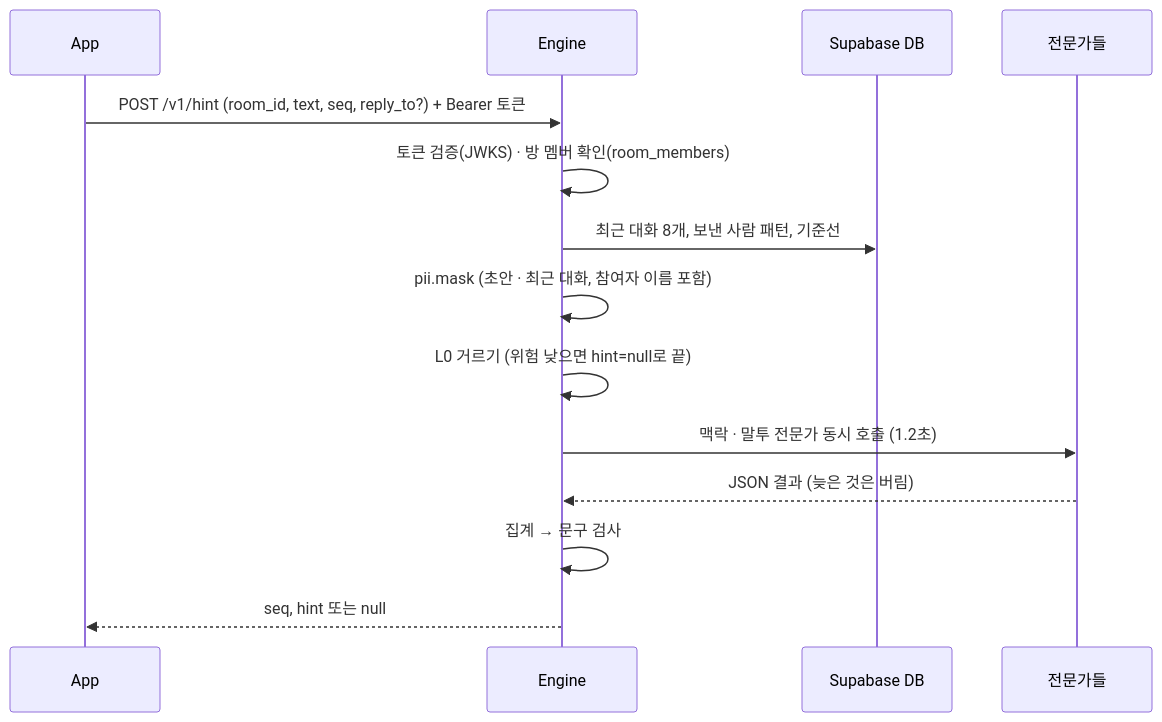
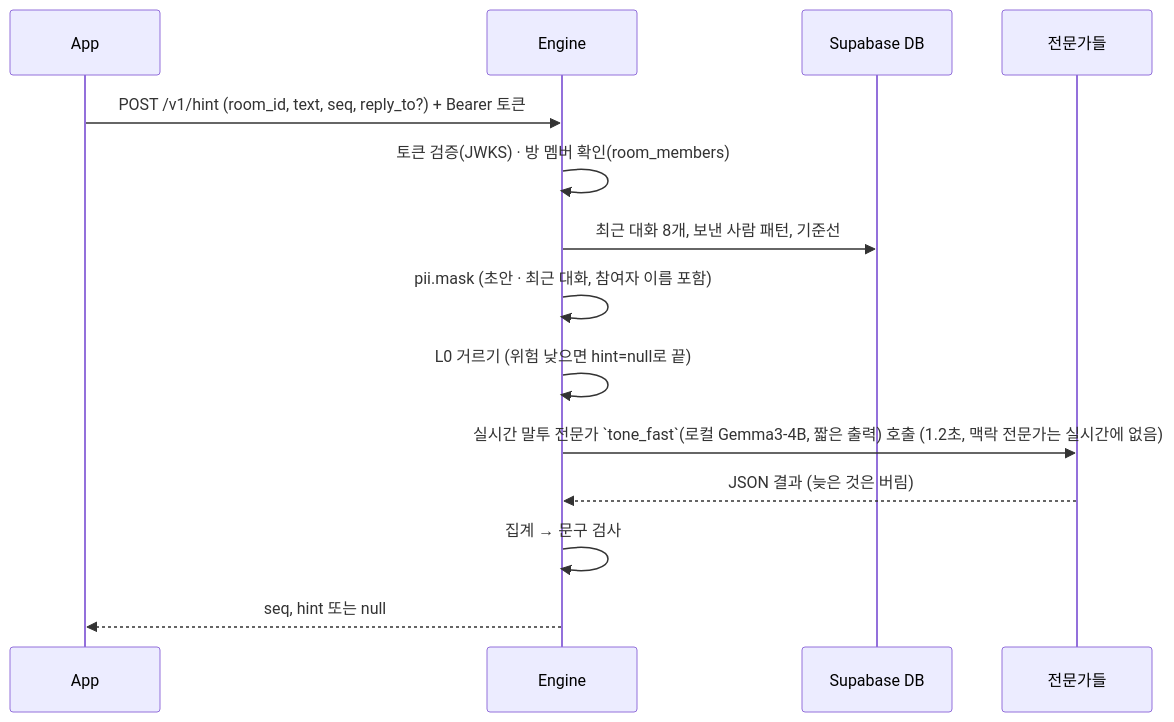
The second of 2 diagrams in ARCHITECTURE.md (Daegyu519/Adventure_Design), drawn with Mermaid before and after one commit. The commit also changed other lines of this file and 12 other files, not shown here.

Commit message:
P-12: 테스트를 새 실시간 구조로 맞춤(운영 설정 단언 + 옛 구조 테스트 전용 설정), 짧은 출력·local_fast 테스트, README·AGENTS·ARCHITECTURE·tasks 갱신, 비교표

````diff
--- a/ARCHITECTURE.md
+++ b/ARCHITECTURE.md
@@ -119,16 +119,16 @@
 ```mermaid
 sequenceDiagram
   participant App
   participant Engine
   participant DB as Supabase DB
   participant Experts as 전문가들
   App->>Engine: POST /v1/hint (room_id, text, seq, reply_to?) + Bearer 토큰
   Engine->>Engine: 토큰 검증(JWKS) · 방 멤버 확인(room_members)
   Engine->>DB: 최근 대화 8개, 보낸 사람 패턴, 기준선
   Engine->>Engine: pii.mask (초안 · 최근 대화, 참여자 이름 포함)
   Engine->>Engine: L0 거르기 (위험 낮으면 hint=null로 끝)
-  Engine->>Experts: 맥락 · 말투 전문가 동시 호출 (1.2초)
+  Engine->>Experts: 실시간 말투 전문가 `tone_fast`(로컬 Gemma3-4B, 짧은 출력) 호출 (1.2초, 맥락 전문가는 실시간에 없음)
   Experts-->>Engine: JSON 결과 (늦은 것은 버림)
   Engine->>Engine: 집계 → 문구 검사
   Engine-->>App: seq, hint 또는 null
 ```
````
